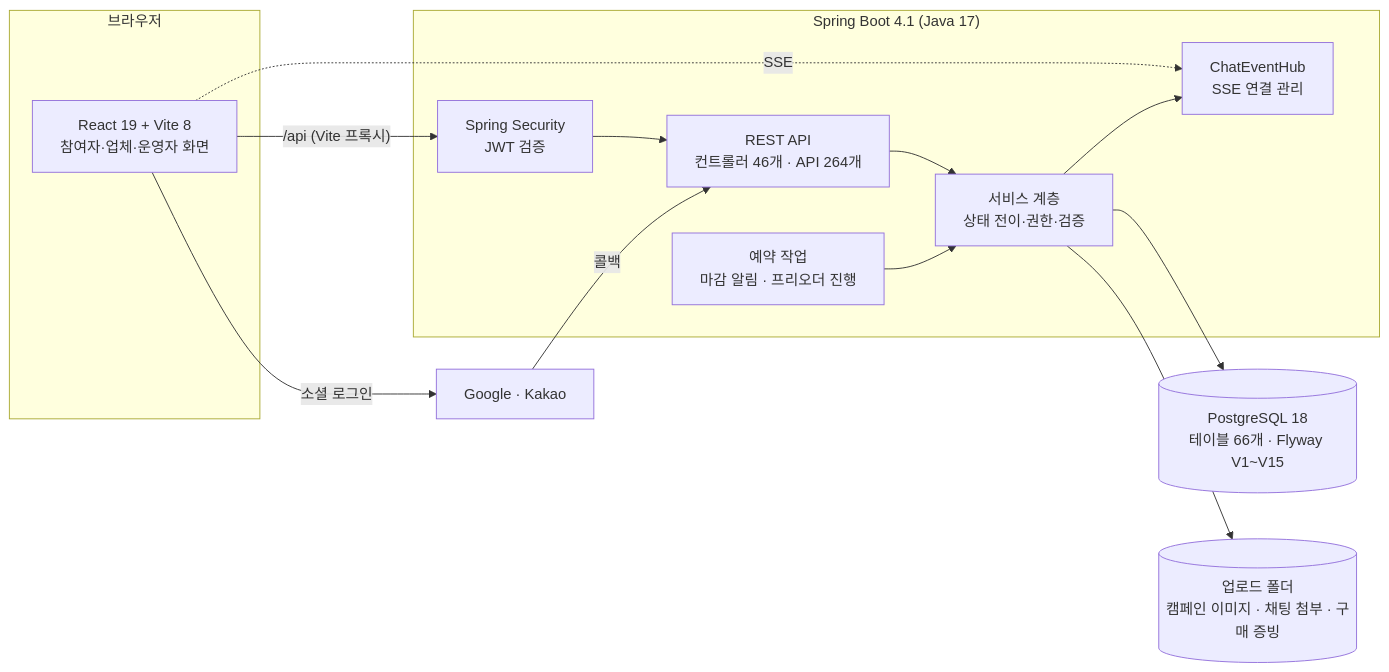
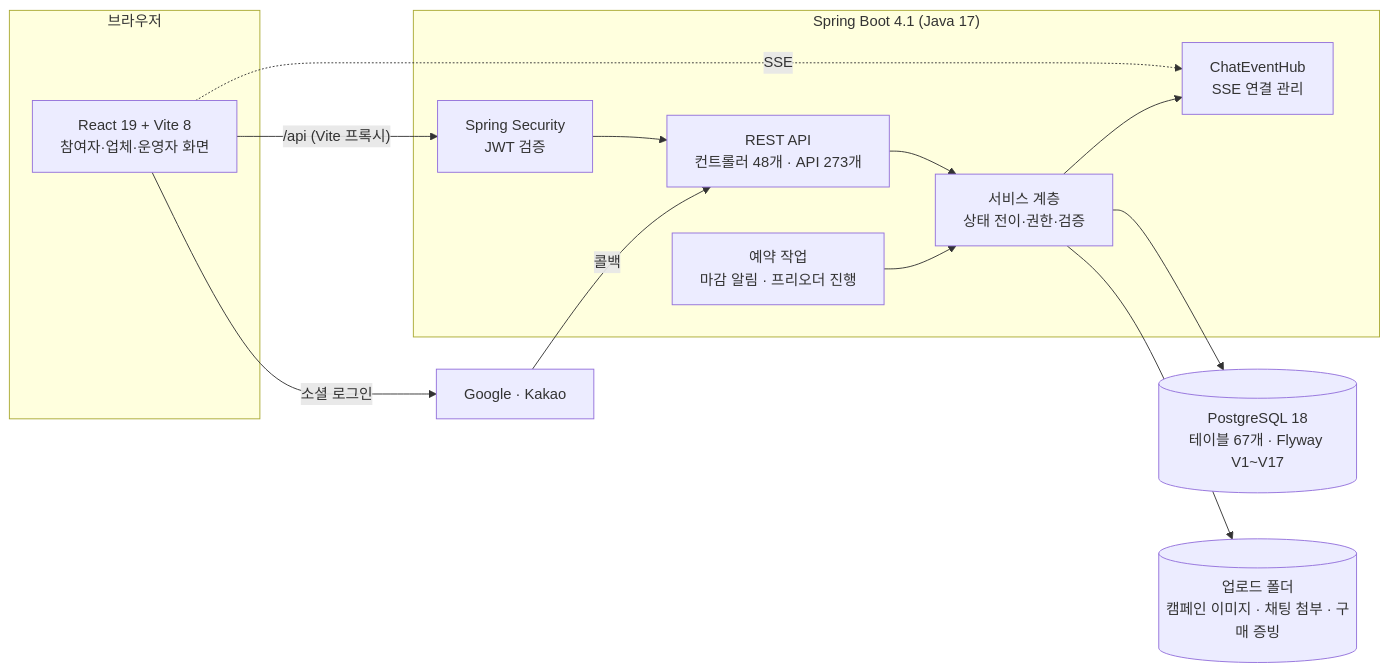
Before and after one commit to yoo-jin-k/movrit-backend: the first of 2 diagrams in docs/portfolio/architecture.md, drawn with Mermaid. The commit also changed other lines of this file and 9 other files, not shown here.

````diff
--- a/docs/portfolio/architecture.md
+++ b/docs/portfolio/architecture.md
@@ -8,23 +8,23 @@
 ```mermaid
 flowchart LR
   subgraph Browser["브라우저"]
     FE["React 19 + Vite 8<br/>참여자·업체·운영자 화면"]
   end
   subgraph Server["Spring Boot 4.1 (Java 17)"]
     SEC["Spring Security<br/>JWT 검증"]
-    API["REST API<br/>컨트롤러 46개 · API 264개"]
+    API["REST API<br/>컨트롤러 48개 · API 273개"]
     SVC["서비스 계층<br/>상태 전이·권한·검증"]
     HUB["ChatEventHub<br/>SSE 연결 관리"]
     SCH["예약 작업<br/>마감 알림 · 프리오더 진행"]
   end
-  DB[("PostgreSQL 18<br/>테이블 66개 · Flyway V1~V15")]
+  DB[("PostgreSQL 18<br/>테이블 67개 · Flyway V1~V17")]
   FS[("업로드 폴더<br/>캠페인 이미지 · 채팅 첨부 · 구매 증빙")]
   OAUTH["Google · Kakao"]
 
   FE -- "/api (Vite 프록시)" --> SEC --> API --> SVC --> DB
   FE -. "SSE" .-> HUB
   SVC --> HUB
   SVC --> FS
   SCH --> SVC
   FE -- "소셜 로그인" --> OAUTH -- "콜백" --> API
 ```
````
